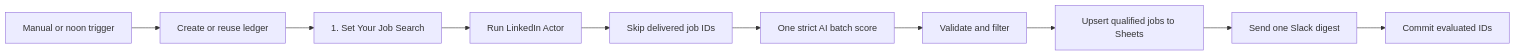
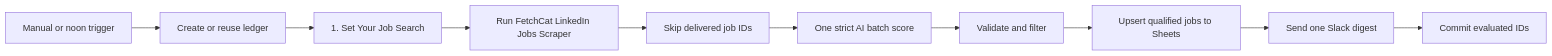
The diagram in workflows/linkedin-job-match-digest/README.md (annamiy/fetchcat-n8n-workflows), drawn with Mermaid before and after one commit. The commit also changed other lines of this file and 1 other file, not shown here.

Commit message:
docs: feature FetchCat Actor in LinkedIn template

````diff
--- a/workflows/linkedin-job-match-digest/README.md
+++ b/workflows/linkedin-job-match-digest/README.md
@@ -33,12 +35,12 @@
 ```mermaid
 flowchart LR
   T[Manual or noon trigger] --> L[Create or reuse ledger]
   L --> C[1. Set Your Job Search]
-  C --> A[Run LinkedIn Actor]
+  C --> A[Run FetchCat LinkedIn Jobs Scraper]
   A --> D[Skip delivered job IDs]
   D --> O[One strict AI batch score]
   O --> F[Validate and filter]
   F --> S[Upsert qualified jobs to Sheets]
   S --> X[Send one Slack digest]
   X --> K[Commit evaluated IDs]
 ```
````
